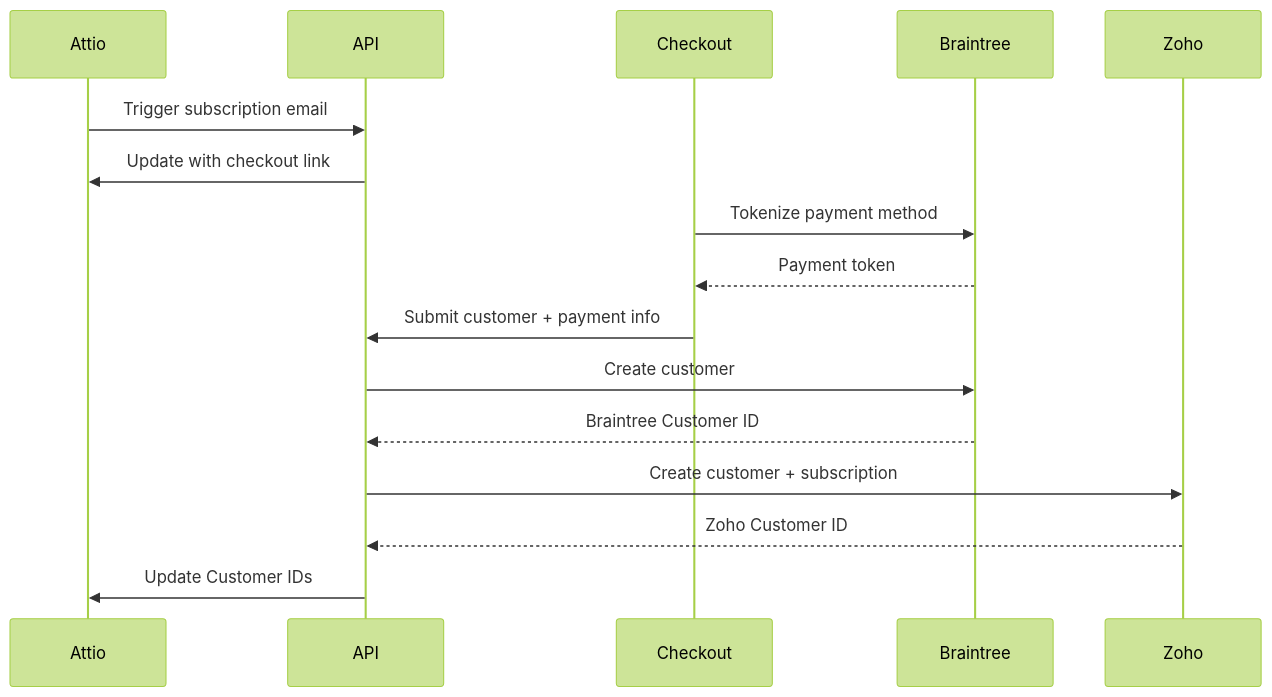
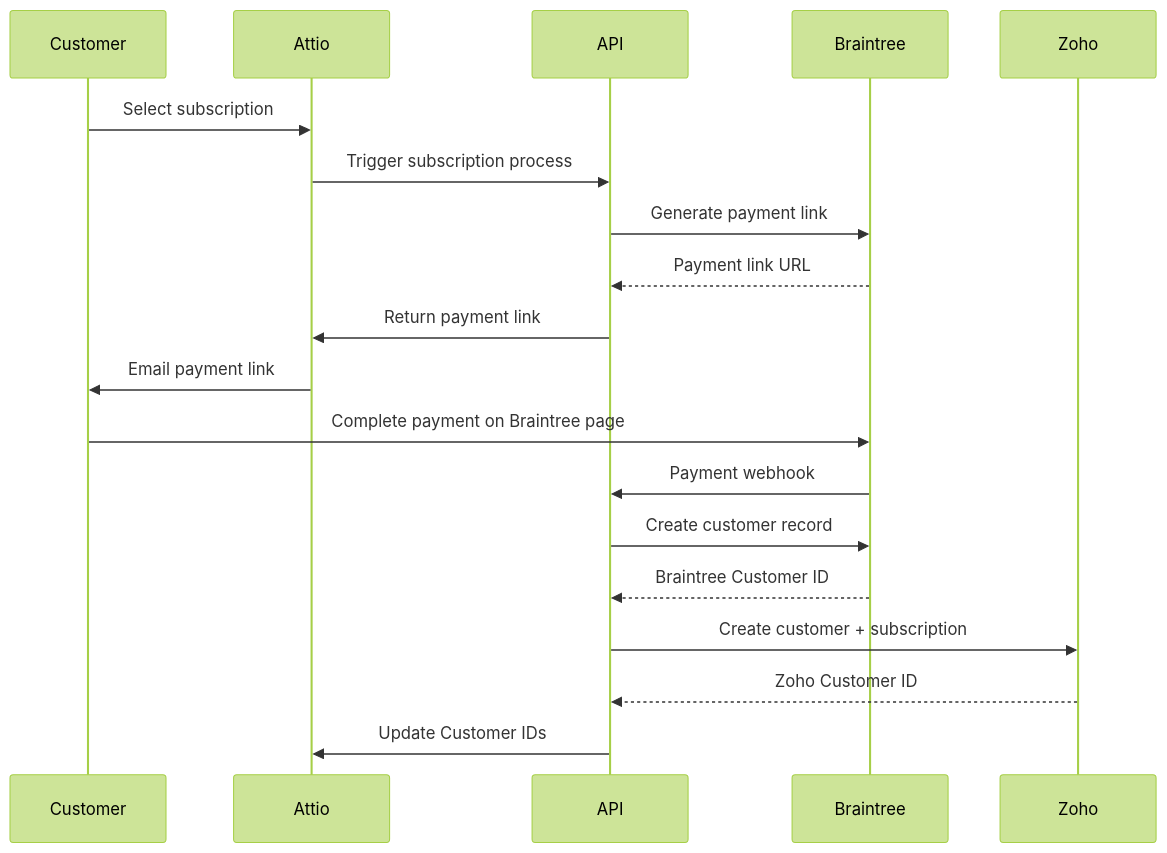
Before and after one commit to rodeloescueta/attio-api: the second of 3 diagrams in memory-bank/systemPatterns.md, drawn with Mermaid (forest theme). The commit also changed other lines of this file and 3 other files, not shown here.

Commit message:
Refine workflow and documentation for Attio Integration API by shifting to Braintree payment links, eliminating the need for a custom checkout UI. Update project architecture to enhance automation in subscription and payment processes, and revise related tasks and milestones accordingly.

````diff
--- a/memory-bank/systemPatterns.md
+++ b/memory-bank/systemPatterns.md
@@ -126,19 +122,22 @@
 ```mermaid
 sequenceDiagram
+    participant Customer
     participant Attio
     participant API
-    participant Checkout
     participant Braintree
     participant Zoho
 
-    Attio->>API: Trigger subscription email
-    API->>Attio: Update with checkout link
-    Checkout->>Braintree: Tokenize payment method
-    Braintree-->>Checkout: Payment token
-    Checkout->>API: Submit customer + payment info
-    API->>Braintree: Create customer
+    Customer->>Attio: Select subscription
+    Attio->>API: Trigger subscription process
+    API->>Braintree: Generate payment link
+    Braintree-->>API: Payment link URL
+    API->>Attio: Return payment link
+    Attio->>Customer: Email payment link
+    Customer->>Braintree: Complete payment on Braintree page
+    Braintree->>API: Payment webhook
+    API->>Braintree: Create customer record
     Braintree-->>API: Braintree Customer ID
     API->>Zoho: Create customer + subscription
     Zoho-->>API: Zoho Customer ID
     API->>Attio: Update Customer IDs
 ```
````
